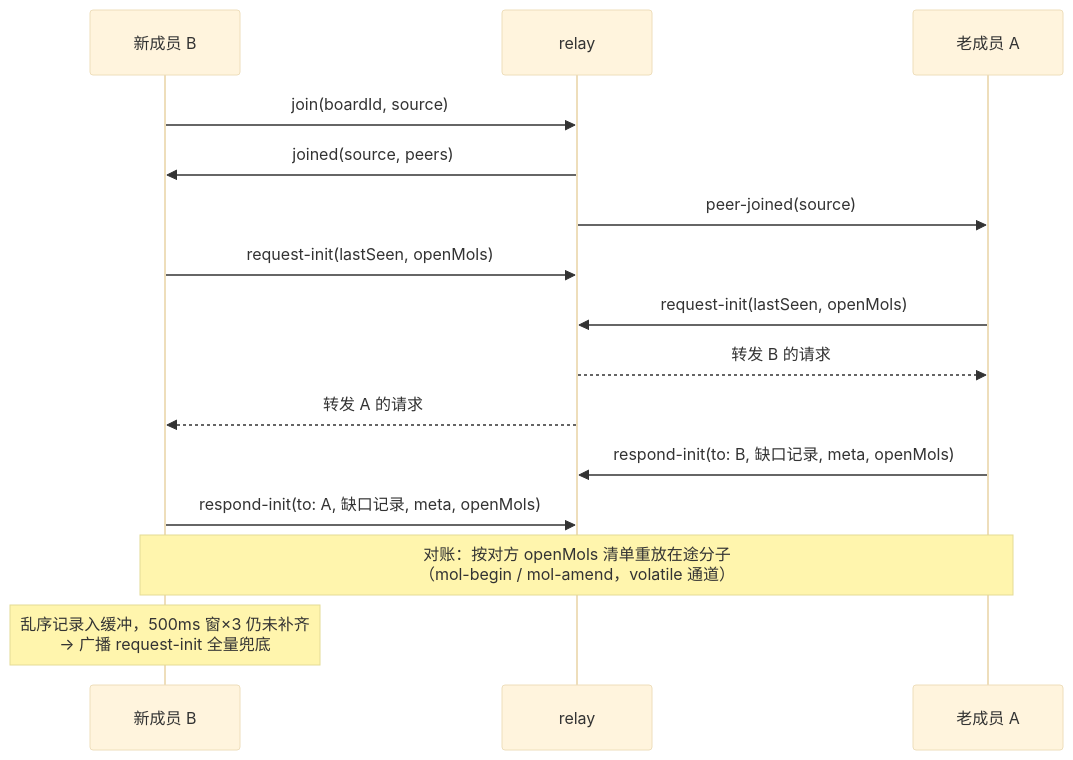
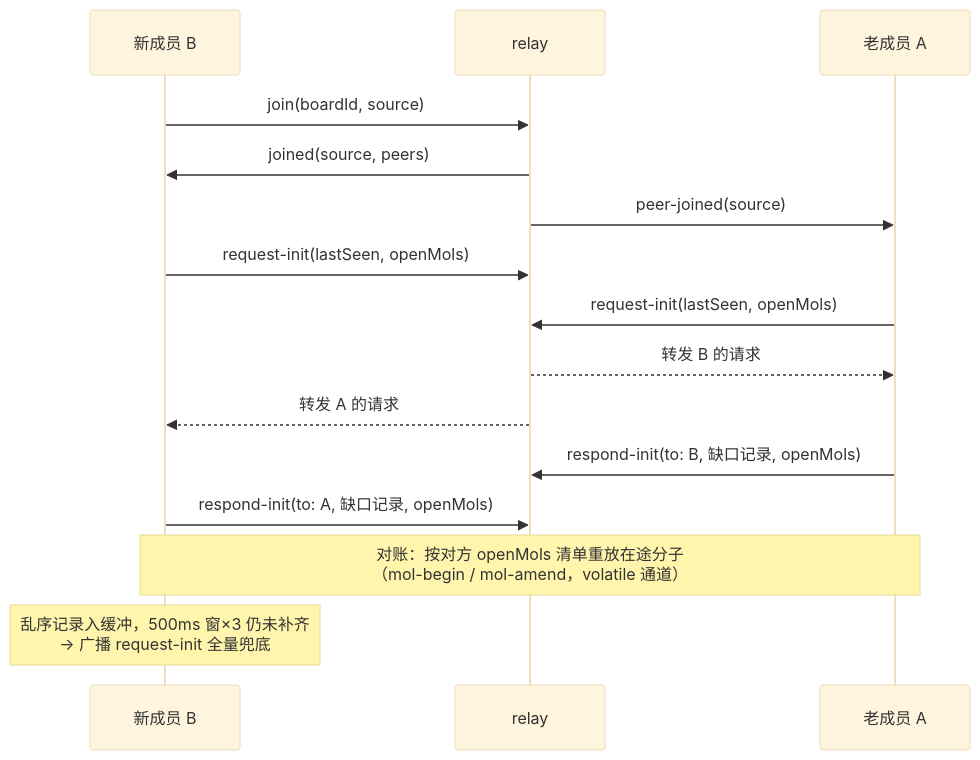
Before and after one commit to Frank-Steven/HoundWhiteboard: the second of 2 diagrams in src/host/sync/docs/sync-document.md, drawn with Mermaid (base theme). The commit also changed other lines of this file and 4 other files, not shown here.

First line of the commit message:
refactor(sync): 清理 respond-init 的死 meta 字段与远端 forcedEndMolIds 死读

````diff
--- a/src/host/sync/docs/sync-document.md
+++ b/src/host/sync/docs/sync-document.md
@@ -101,18 +101,18 @@
 ```mermaid
 sequenceDiagram
   participant B as 新成员 B
   participant R as relay
   participant A as 老成员 A
 
   B->>R: join(boardId, source)
   R->>B: joined(source, peers)
   R->>A: peer-joined(source)
   B->>R: request-init(lastSeen, openMols)
   A->>R: request-init(lastSeen, openMols)
   R-->>A: 转发 B 的请求
   R-->>B: 转发 A 的请求
-  A->>R: respond-init(to: B, 缺口记录, meta, openMols)
-  B->>R: respond-init(to: A, 缺口记录, meta, openMols)
+  A->>R: respond-init(to: B, 缺口记录, openMols)
+  B->>R: respond-init(to: A, 缺口记录, openMols)
   Note over B,A: 对账：按对方 openMols 清单重放在途分子<br/>（mol-begin / mol-amend，volatile 通道）
   Note over B: 乱序记录入缓冲，500ms 窗×3 仍未补齐<br/>→ 广播 request-init 全量兜底
 ```
````
